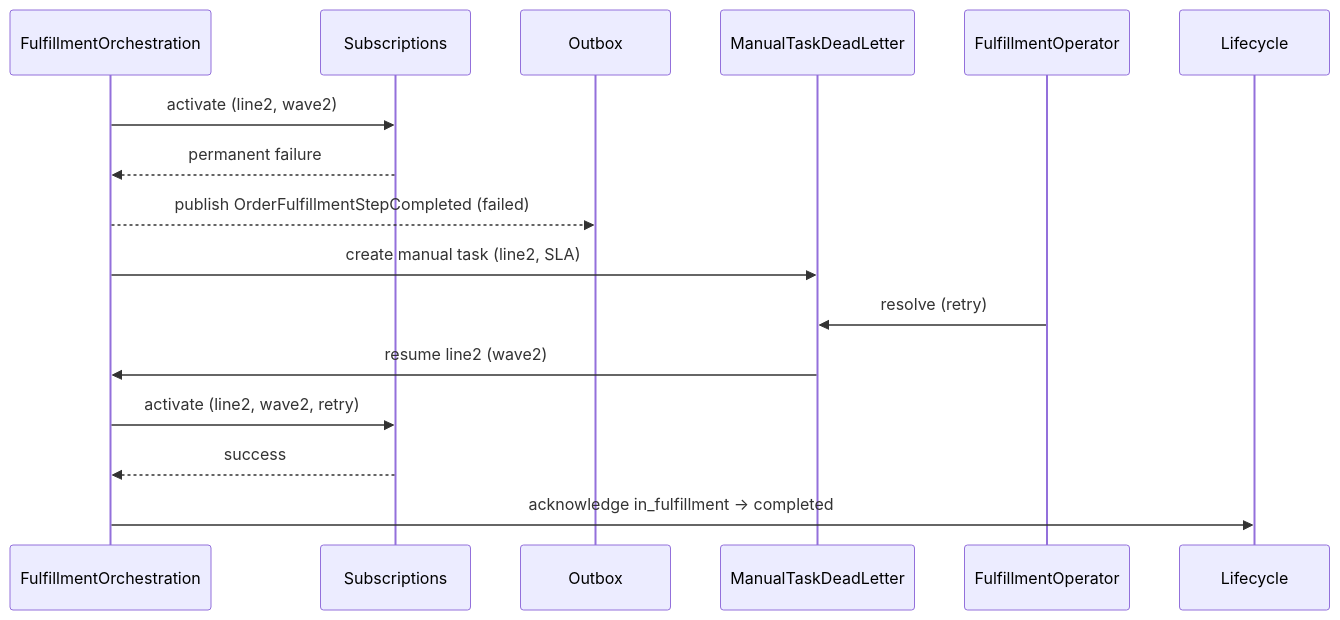
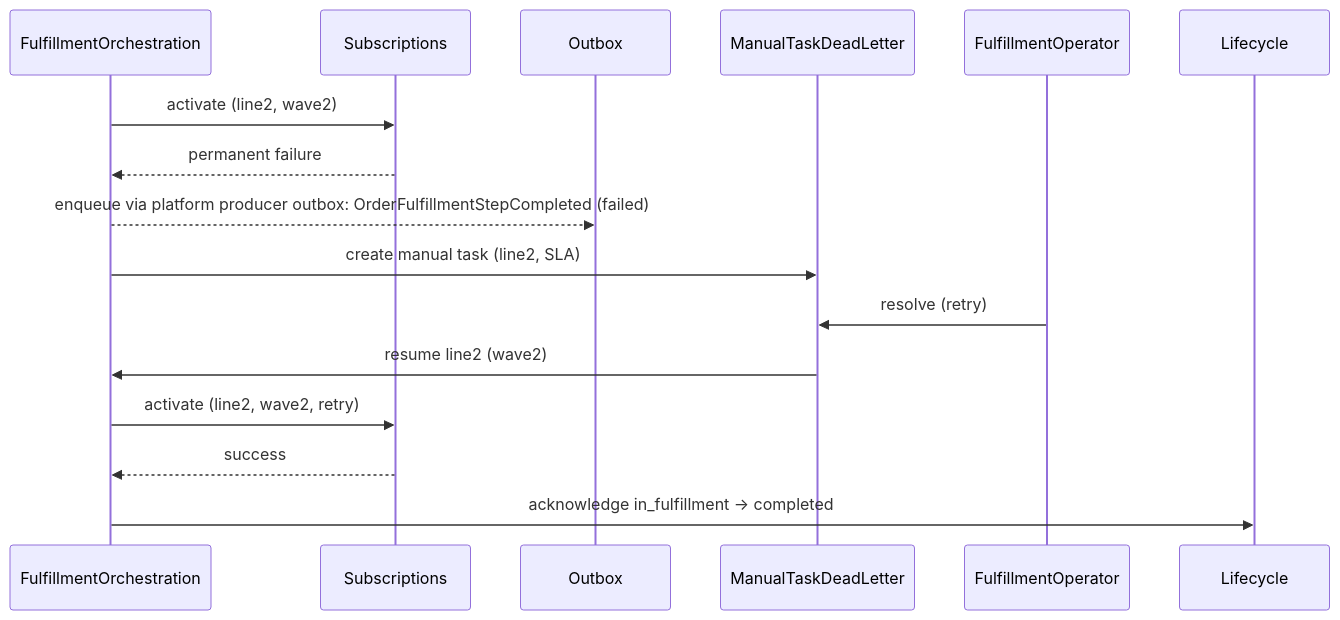
The fifth of 6 diagrams in gears/bss/orders-workflow/docs/DESIGN.md (constructorfabric/gears-rust), drawn with Mermaid before and after one commit. The commit also changed other lines of this file and 10 other files, not shown here.

````diff
--- a/gears/bss/orders-workflow/docs/DESIGN.md
+++ b/gears/bss/orders-workflow/docs/DESIGN.md
@@ -652,12 +663,12 @@
 ```mermaid
 sequenceDiagram
     FulfillmentOrchestration ->> Subscriptions: activate (line2, wave2)
     Subscriptions -->> FulfillmentOrchestration: permanent failure
-    FulfillmentOrchestration -->> Outbox: publish OrderFulfillmentStepCompleted (failed)
+    FulfillmentOrchestration -->> Outbox: enqueue via platform producer outbox: OrderFulfillmentStepCompleted (failed)
     FulfillmentOrchestration ->> ManualTaskDeadLetter: create manual task (line2, SLA)
     FulfillmentOperator ->> ManualTaskDeadLetter: resolve (retry)
     ManualTaskDeadLetter ->> FulfillmentOrchestration: resume line2 (wave2)
     FulfillmentOrchestration ->> Subscriptions: activate (line2, wave2, retry)
     Subscriptions -->> FulfillmentOrchestration: success
     FulfillmentOrchestration ->> Lifecycle: acknowledge in_fulfillment -> completed
 ```
````
